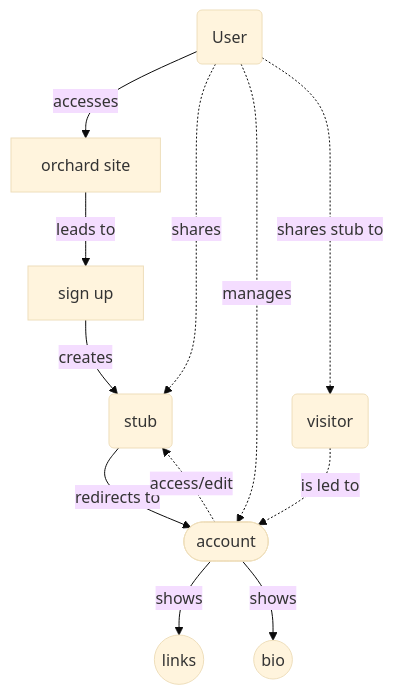
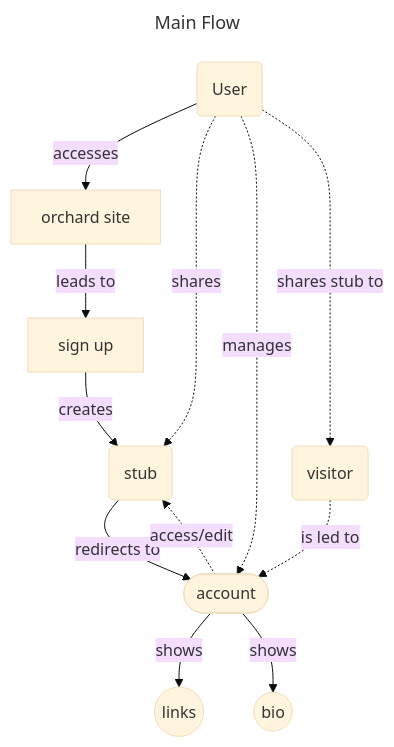
Before and after one commit to Jolvera2001/Orchard: the diagram in docs/UserFlowChart.md, drawn with Mermaid (base theme). The commit also changed 1 other file, not shown here.

````diff
--- a/docs/UserFlowChart.md
+++ b/docs/UserFlowChart.md
@@ -1,27 +1,30 @@
 ```mermaid
+---
+title: Main Flow
+---
 flowchart TD
 
 user(User)
 v(visitor)
 o[orchard site]
 s[sign up]
 st(stub)
 acc([account])
 l((links))
 b((bio))
 
 user -->|accesses| o
 o -->|leads to| s
 s -->|creates| st
 st -->|redirects to| acc
 
 user -.->|shares| st
 user -.->|manages| acc
 acc -.->|access/edit| st
 user -.->|shares stub to| v
 
 v -.->|is led to| acc
 
 acc -->|shows| l
 acc -->|shows| b
 ```
````
